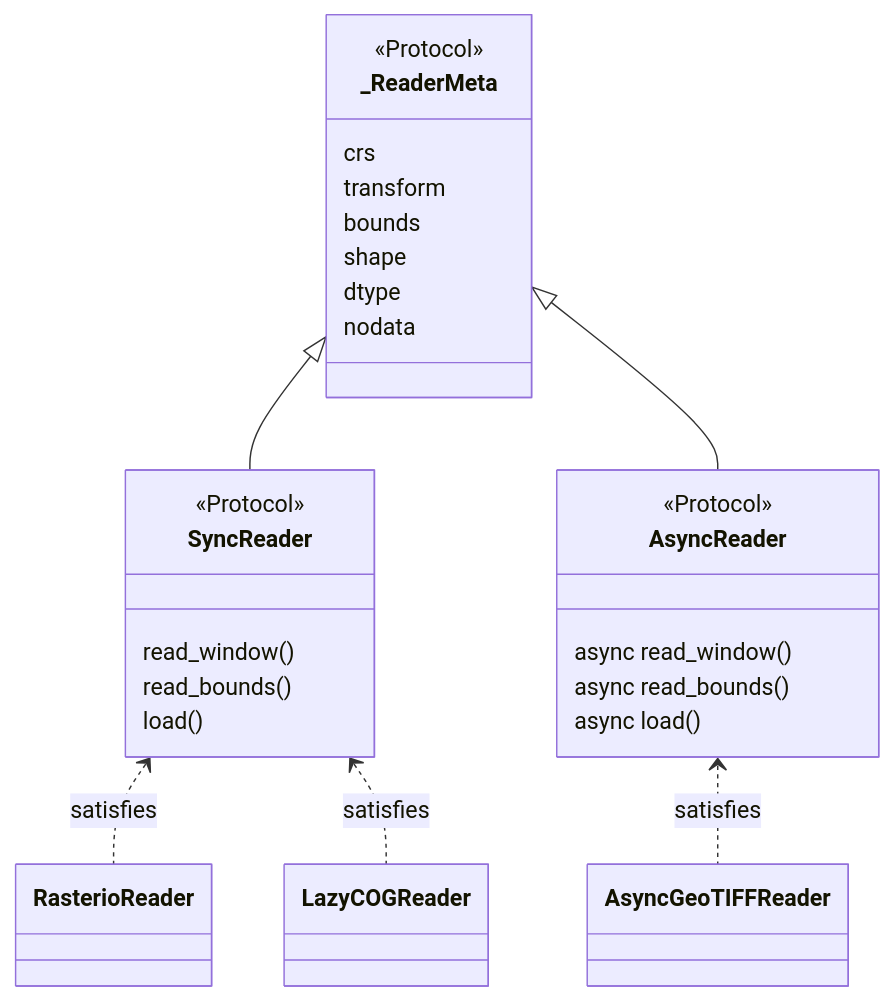
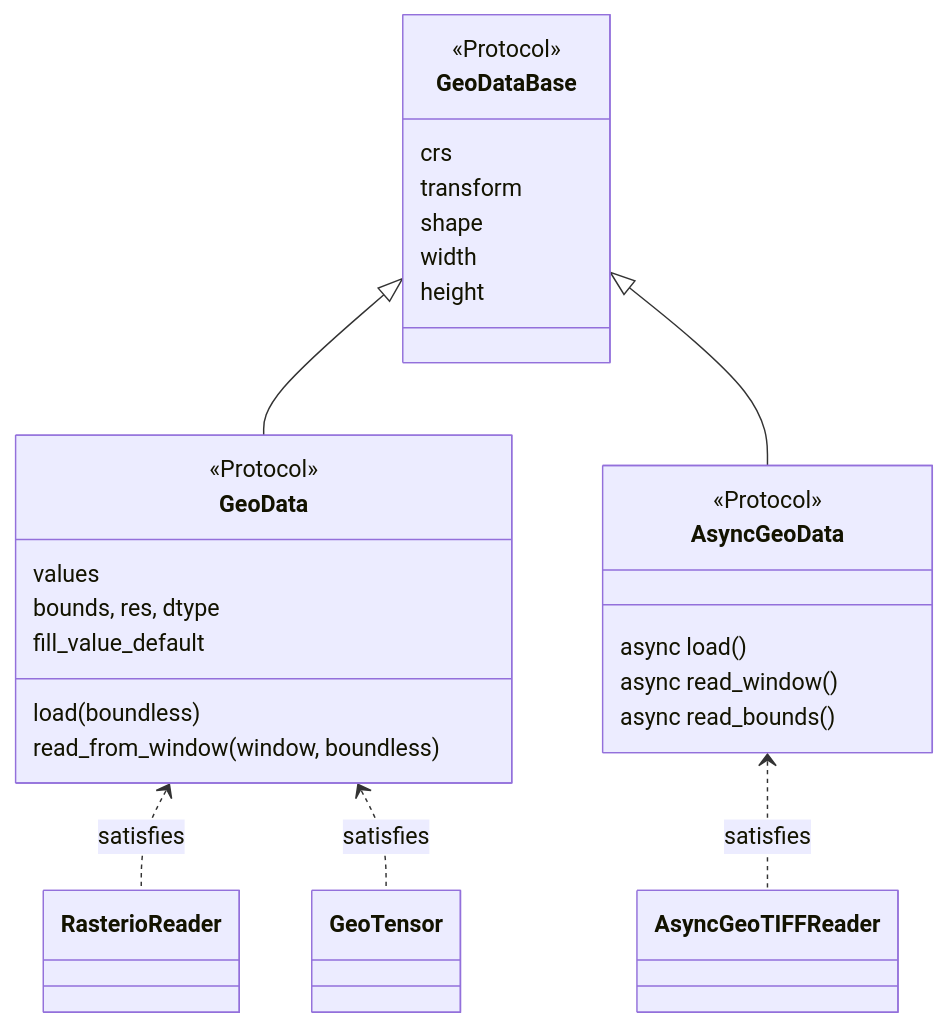
One commit to jejjohnson/research_notebook changed the first of 2 diagrams in projects/geotoolz/plans/georeader/reader_protocol.md. Above: the diagram before and after it, drawn with Mermaid. The commit also changed other lines of this file and 18 other files, not shown here.

First line of the commit message:
docs(geotoolz): drop LazyCOGReader; thin async reader over async-geotiff + obspec (#57)

````diff
--- a/projects/geotoolz/plans/georeader/reader_protocol.md
+++ b/projects/geotoolz/plans/georeader/reader_protocol.md
@@ -44,33 +67,34 @@
 ```{mermaid}
 classDiagram
-    class _ReaderMeta {
+    class GeoDataBase {
         <<Protocol>>
         crs
         transform
-        bounds
         shape
-        dtype
-        nodata
+        width
+        height
     }
-    class SyncReader {
+    class GeoData {
         <<Protocol>>
-        read_window()
-        read_bounds()
-        load()
+        load(boundless)
+        read_from_window(window, boundless)
+        values
+        bounds, res, dtype
+        fill_value_default
     }
-    class AsyncReader {
+    class AsyncGeoData {
         <<Protocol>>
+        async load()
         async read_window()
         async read_bounds()
-        async load()
     }
     class RasterioReader
-    class LazyCOGReader
+    class GeoTensor
     class AsyncGeoTIFFReader
 
-    _ReaderMeta <|-- SyncReader
-    _ReaderMeta <|-- AsyncReader
-    SyncReader <.. RasterioReader : satisfies
-    SyncReader <.. LazyCOGReader : satisfies
-    AsyncReader <.. AsyncGeoTIFFReader : satisfies
+    GeoDataBase <|-- GeoData
+    GeoDataBase <|-- AsyncGeoData
+    GeoData <.. RasterioReader : satisfies
+    GeoData <.. GeoTensor : satisfies
+    AsyncGeoData <.. AsyncGeoTIFFReader : satisfies
 ```
````
